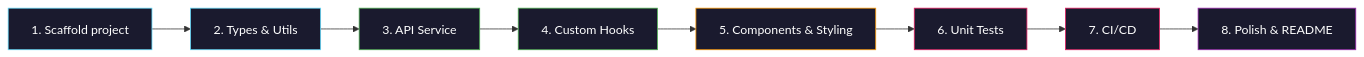
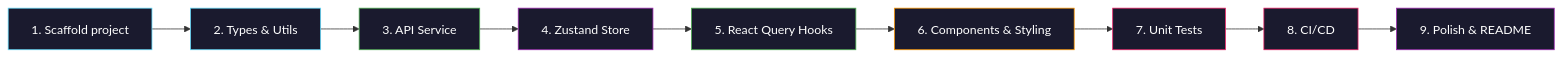
One commit to codeHamster9/IP-Lookup changed the second of 2 diagrams in IMPLEMENTATION_PLAN_REACT.md. Above: the diagram before and after it, drawn with Mermaid. The commit also changed other lines of this file, not shown here.

````diff
--- a/IMPLEMENTATION_PLAN_REACT.md
+++ b/IMPLEMENTATION_PLAN_REACT.md
@@ -413,19 +445,21 @@
 ```mermaid
 graph LR
     S["1. Scaffold project"] --> T["2. Types & Utils"]
     T --> SVC["3. API Service"]
-    SVC --> HK["4. Custom Hooks"]
-    HK --> UI["5. Components & Styling"]
-    UI --> TST["6. Unit Tests"]
-    TST --> CI["7. CI/CD"]
-    CI --> POL["8. Polish & README"]
+    SVC --> ST["4. Zustand Store"]
+    ST --> HK["5. React Query Hooks"]
+    HK --> UI["6. Components & Styling"]
+    UI --> TST["7. Unit Tests"]
+    TST --> CI["8. CI/CD"]
+    CI --> POL["9. Polish & README"]
 
     style S fill:#1a1a2e,stroke:#61dafb,color:#fff
     style T fill:#1a1a2e,stroke:#61dafb,color:#fff
     style SVC fill:#1a1a2e,stroke:#4caf50,color:#fff
+    style ST fill:#1a1a2e,stroke:#9c27b0,color:#fff
     style HK fill:#1a1a2e,stroke:#4caf50,color:#fff
     style UI fill:#1a1a2e,stroke:#ff9800,color:#fff
     style TST fill:#1a1a2e,stroke:#e91e63,color:#fff
     style CI fill:#1a1a2e,stroke:#e91e63,color:#fff
     style POL fill:#1a1a2e,stroke:#9c27b0,color:#fff
 ```
````
